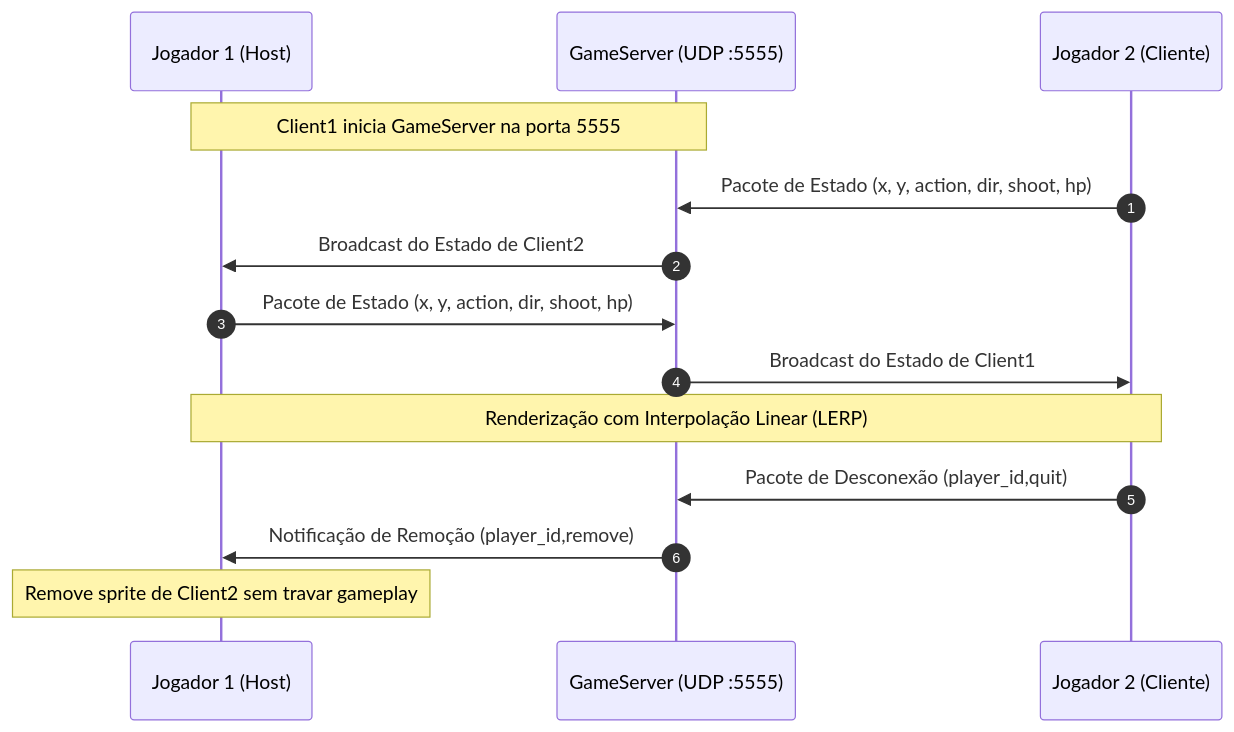
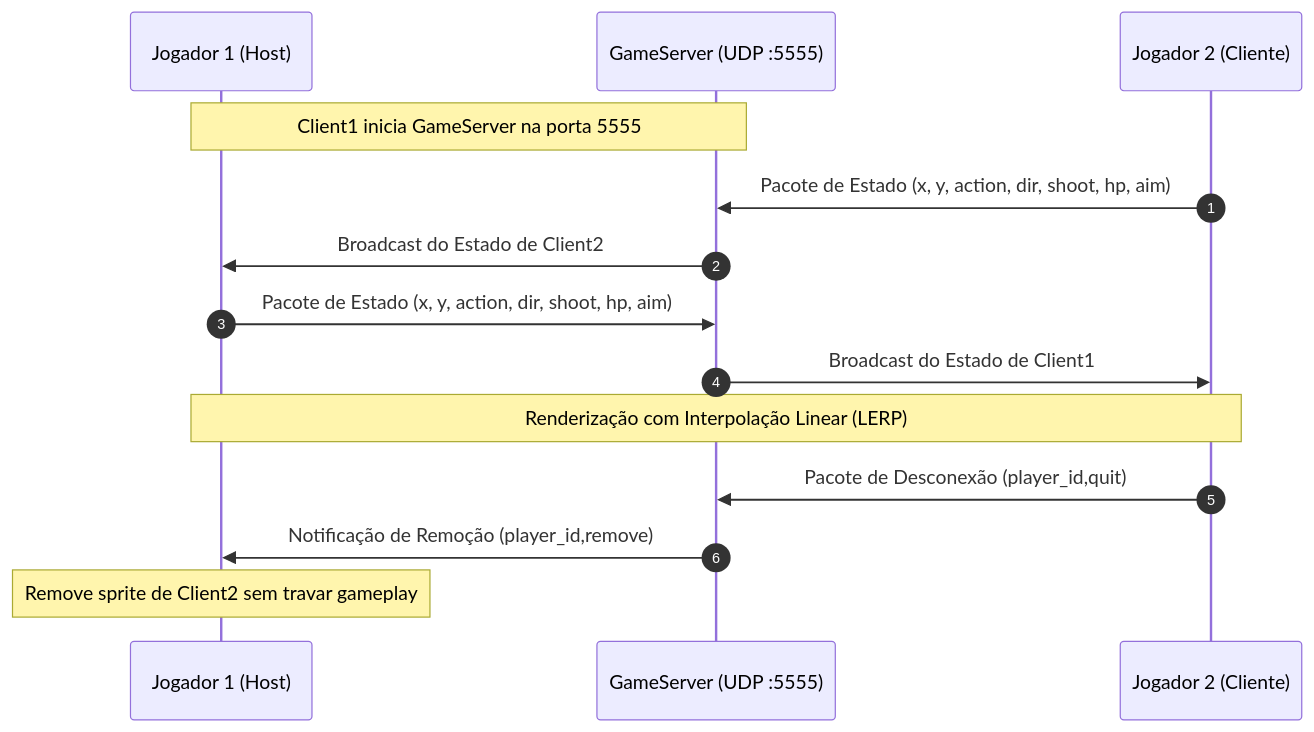
One commit to pedromota05/TrabalhoTACIII-PyShooter changed the second of 2 diagrams in docs/GDD_Trabalho2.md. Above: the diagram before and after it, drawn with Mermaid. The commit also changed other lines of this file and 56 other files, not shown here.

````diff
--- a/docs/GDD_Trabalho2.md
+++ b/docs/GDD_Trabalho2.md
@@ -168,17 +197,17 @@
 ```mermaid
 sequenceDiagram
     autonumber
     participant Client1 as Jogador 1 (Host)
     participant Server as GameServer (UDP :5555)
     participant Client2 as Jogador 2 (Cliente)
 
     Note over Client1,Server: Client1 inicia GameServer na porta 5555
-    Client2->>Server: Pacote de Estado (x, y, action, dir, shoot, hp)
+    Client2->>Server: Pacote de Estado (x, y, action, dir, shoot, hp, aim)
     Server->>Client1: Broadcast do Estado de Client2
-    Client1->>Server: Pacote de Estado (x, y, action, dir, shoot, hp)
+    Client1->>Server: Pacote de Estado (x, y, action, dir, shoot, hp, aim)
     Server->>Client2: Broadcast do Estado de Client1
     Note over Client1,Client2: Renderização com Interpolação Linear (LERP)
     Client2->>Server: Pacote de Desconexão (player_id,quit)
     Server->>Client1: Notificação de Remoção (player_id,remove)
     Note over Client1: Remove sprite de Client2 sem travar gameplay
 ```
````
